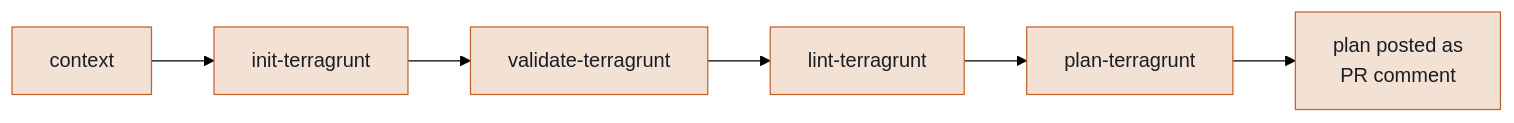
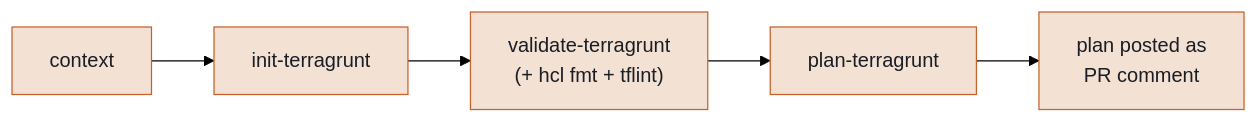
One commit to Ajjai99/thor-demo-backend changed the first of 2 diagrams in docs/infra-pipeline.md. Above: the diagram before and after it, drawn with Mermaid (forest theme). The commit also changed other lines of this file and 3 other files, not shown here.

````diff
--- a/docs/infra-pipeline.md
+++ b/docs/infra-pipeline.md
@@ -11,11 +11,10 @@
 ```mermaid
 flowchart LR
     p1["context"] --> p2["init-terragrunt"]
-    p2 --> p3["validate-terragrunt"]
-    p3 --> p4["lint-terragrunt"]
-    p4 --> p5["plan-terragrunt"]
-    p5 --> p6["plan posted as<br/>PR comment"]
+    p2 --> p3["validate-terragrunt<br/>(+ hcl fmt + tflint)"]
+    p3 --> p4["plan-terragrunt"]
+    p4 --> p5["plan posted as<br/>PR comment"]
 
     classDef preview fill:#f3e1d4,stroke:#c4622a,color:#1a1d24;
-    class p1,p2,p3,p4,p5,p6 preview;
+    class p1,p2,p3,p4,p5 preview;
 ```
````
